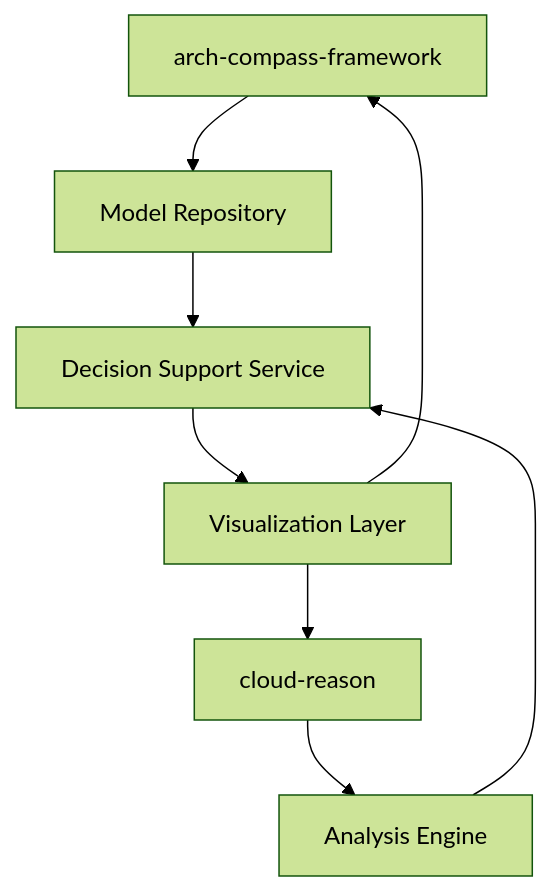
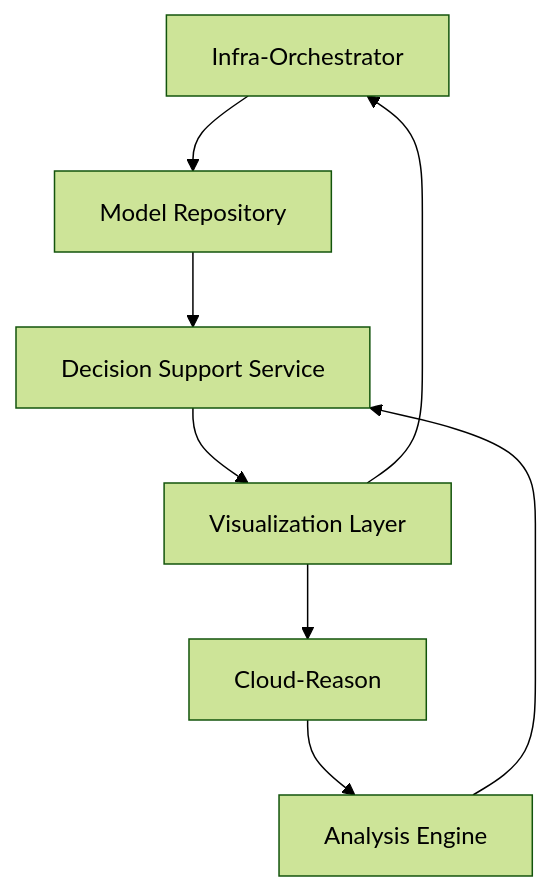
One commit to Control39/portfolio-system-architect changed the diagram in docs/cases/cases/presentation-cases/case-2-arch-compass-cloud-reason/README.md. Above: the diagram before and after it, drawn with Mermaid (forest theme). The commit also changed other lines of this file and 7 other files, not shown here.

First line of the commit message:
refactor: завершение переименования Arch-Compass → Infra-Orchestrator

````diff
--- a/docs/cases/cases/presentation-cases/case-2-arch-compass-cloud-reason/README.md
+++ b/docs/cases/cases/presentation-cases/case-2-arch-compass-cloud-reason/README.md
@@ -26,10 +26,10 @@
 ```mermaid
 graph TD
-    A[arch-compass-framework] --> B[Model Repository]
-    C[cloud-reason] --> D[Analysis Engine]
+    A[Infra-Orchestrator] --> B[Model Repository]
+    C[Cloud-Reason] --> D[Analysis Engine]
     B --> E[Decision Support Service]
     D --> E
     E --> F[Visualization Layer]
     F --> A
     F --> C
 ```
````
